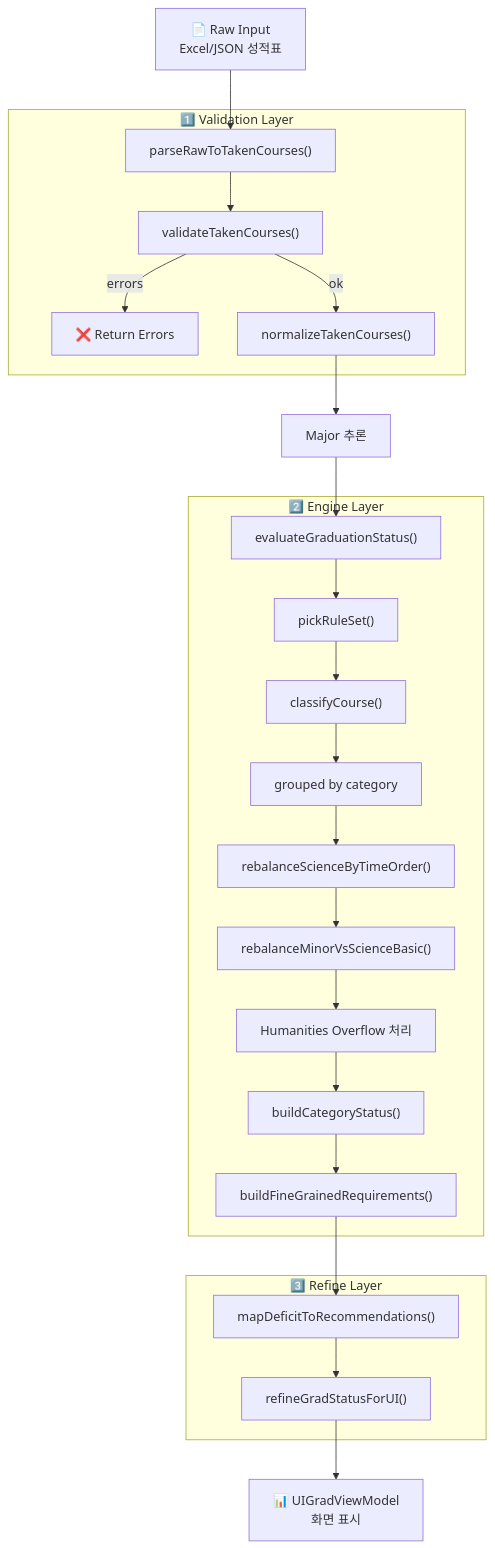
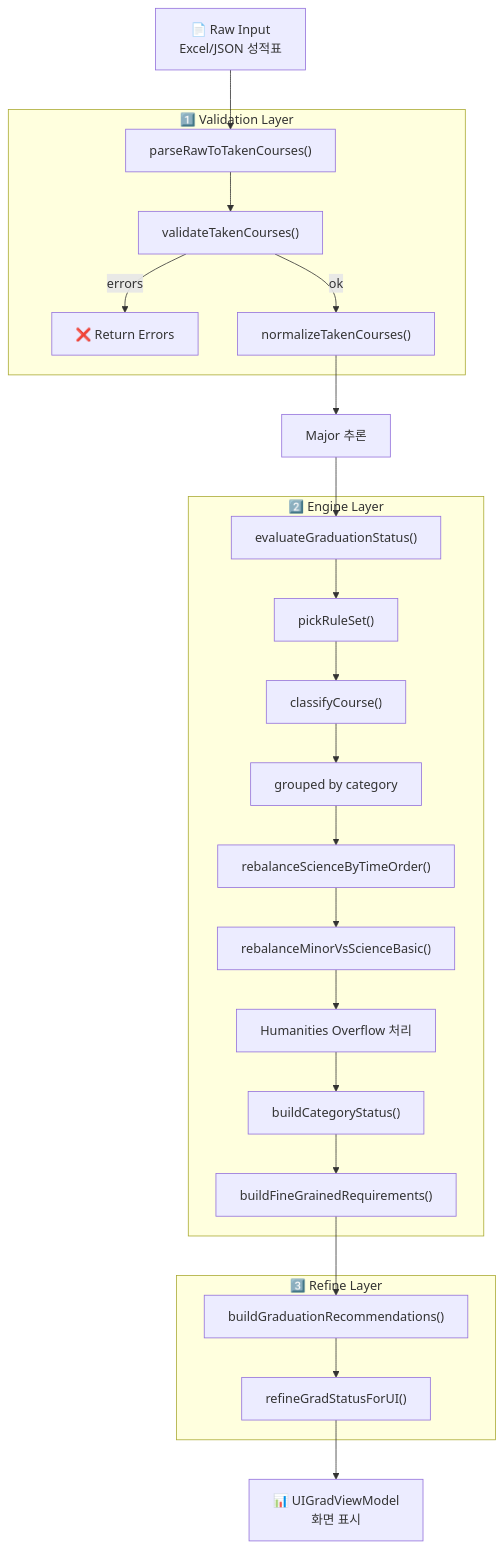
One commit to Gijol/gijol-v2 changed the diagram in features/graduation/docs/GRADUATION_LOGIC_FLOW.md. Above: the diagram before and after it, drawn with Mermaid. The commit also changed other lines of this file and 179 other files, not shown here.

````diff
--- a/features/graduation/docs/GRADUATION_LOGIC_FLOW.md
+++ b/features/graduation/docs/GRADUATION_LOGIC_FLOW.md
@@ -56,32 +57,32 @@
 ```mermaid
 flowchart TD
     A[📄 Raw Input<br/>Excel/JSON 성적표] --> B["parseRawToTakenCourses()"]
     
     subgraph VALIDATION ["1️⃣ Validation Layer"]
         B --> C["validateTakenCourses()"]
         C -->|errors| E[❌ Return Errors]
         C -->|ok| D["normalizeTakenCourses()"]
     end
     
     D --> F["Major 추론"]
     F --> G["evaluateGraduationStatus()"]
     
     subgraph ENGINE ["2️⃣ Engine Layer"]
         G --> H["pickRuleSet()"]
         H --> I["classifyCourse()"]
         I --> J["grouped by category"]
         J --> K["rebalanceScienceByTimeOrder()"]
         K --> L["rebalanceMinorVsScienceBasic()"]
         L --> M["Humanities Overflow 처리"]
         M --> N["buildCategoryStatus()"]
         N --> O["buildFineGrainedRequirements()"]
     end
     
-    O --> P["mapDeficitToRecommendations()"]
+    O --> P["buildGraduationRecommendations()"]
     
     subgraph REFINE ["3️⃣ Refine Layer"]
         P --> Q["refineGradStatusForUI()"]
     end
     
     Q --> R[📊 UIGradViewModel<br/>화면 표시]
 ```
````
